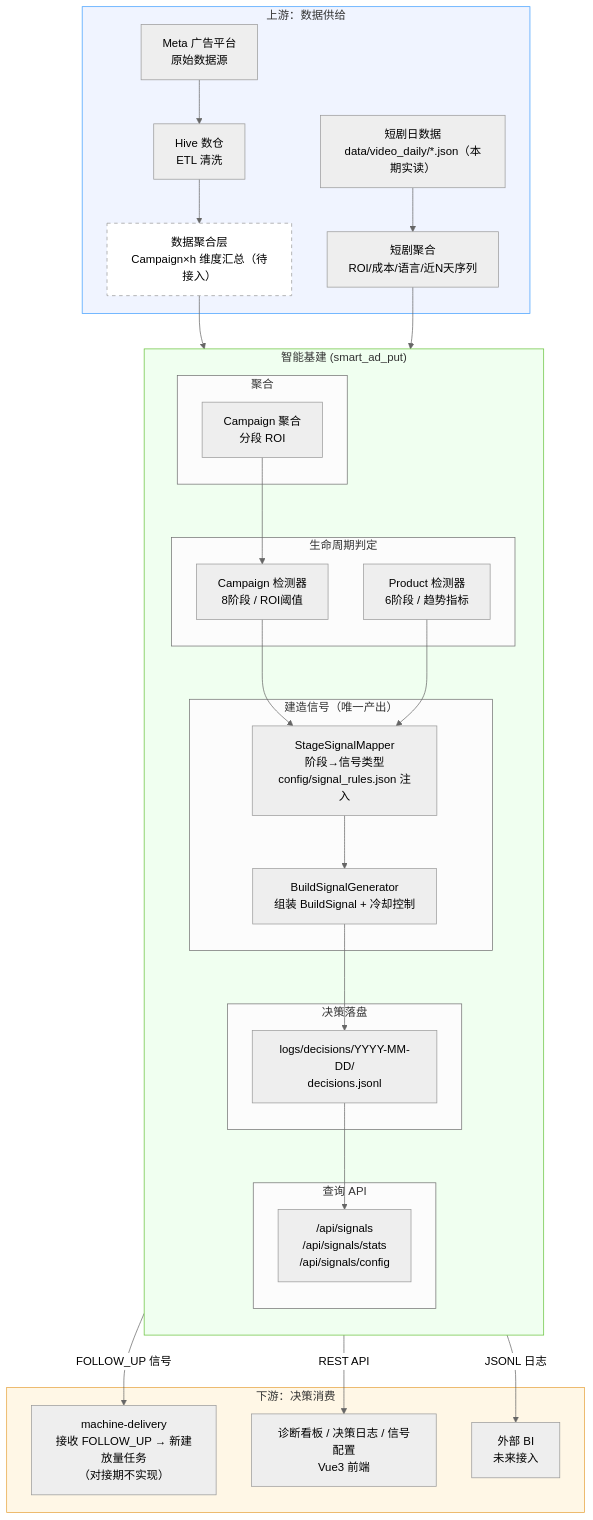
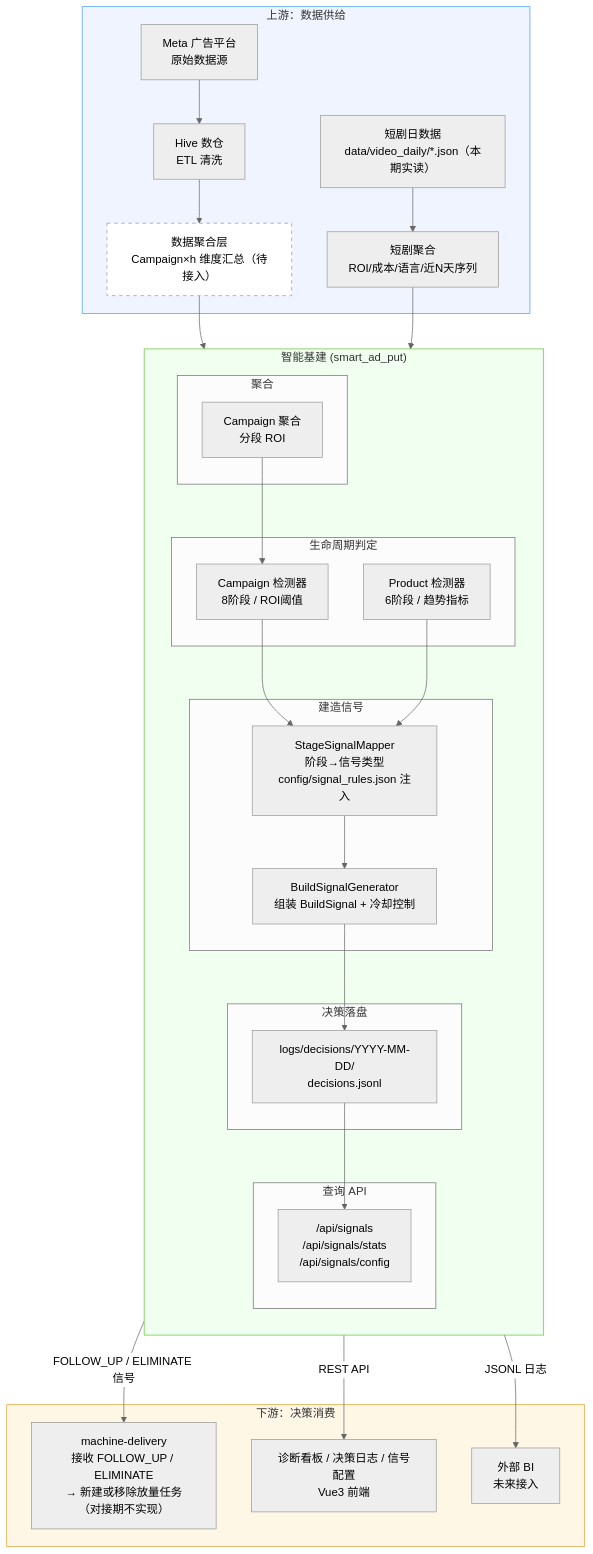
One commit to gar-su/smart_ad_put changed the first of 3 diagrams in docs/architecture.md. Above: the diagram before and after it, drawn with Mermaid (neutral theme). The commit also changed other lines of this file and 27 other files, not shown here.

````diff
--- a/docs/architecture.md
+++ b/docs/architecture.md
@@ -3,68 +3,68 @@
 ```mermaid
 graph TB
     %% ===== 上游 =====
     subgraph upstream["上游：数据供给"]
         meta["Meta 广告平台<br/>原始数据源"]
         hive["Hive 数仓<br/>ETL 清洗"]
         video_daily["短剧日数据<br/>data/video_daily/*.json（本期实读）"]
         data_agg["数据聚合层<br/>Campaign×h 维度汇总（待接入）"]
 
         meta --> hive
         hive --> data_agg
         video_daily --> prod_agg
     end
 
     %% ===== 本系统 =====
     subgraph core["智能基建 (smart_ad_put)"]
         direction TB
 
         subgraph agg["聚合"]
             prod_agg["短剧聚合<br/>ROI/成本/语言/近N天序列"]
             cam_agg["Campaign 聚合<br/>分段 ROI"]
         end
 
         subgraph detect["生命周期判定"]
             cam_detector["Campaign 检测器<br/>8阶段 / ROI阈值"]
             prod_detector["Product 检测器<br/>6阶段 / 趋势指标"]
         end
 
-        subgraph signal["建造信号（唯一产出）"]
+        subgraph signal["建造信号"]
             mapper["StageSignalMapper<br/>阶段→信号类型<br/>config/signal_rules.json 注入"]
             generator["BuildSignalGenerator<br/>组装 BuildSignal + 冷却控制"]
         end
 
         subgraph persist["决策落盘"]
             decision_log["logs/decisions/YYYY-MM-DD/<br/>decisions.jsonl"]
         end
 
         subgraph dashboard["查询 API"]
             signals_api["/api/signals<br/>/api/signals/stats<br/>/api/signals/config"]
         end
 
         data_agg --> cam_agg
         cam_agg --> cam_detector
         prod_agg --> prod_detector
         cam_detector --> mapper
         prod_detector --> mapper
         mapper --> generator
         generator --> decision_log
         decision_log --> signals_api
     end
 
     %% ===== 下游 =====
     subgraph downstream["下游：决策消费"]
-        machine_delivery["machine-delivery<br/>接收 FOLLOW_UP → 新建放量任务<br/>（对接期不实现）"]
+        machine_delivery["machine-delivery<br/>接收 FOLLOW_UP / ELIMINATE<br/>→ 新建或移除放量任务<br/>（对接期不实现）"]
         frontend["诊断看板 / 决策日志 / 信号配置<br/>Vue3 前端"]
         bi["外部 BI<br/>未来接入"]
 
-        decision_log -->|"FOLLOW_UP 信号"| machine_delivery
+        decision_log -->|"FOLLOW_UP / ELIMINATE 信号"| machine_delivery
         signals_api -->|"REST API"| frontend
         decision_log -->|"JSONL 日志"| bi
     end
 
     %% ===== 样式 =====
     style upstream fill:#f0f4ff,stroke:#409eff
     style core fill:#f0fff0,stroke:#67c23a
     style downstream fill:#fff7e6,stroke:#e6a23c
     style data_agg fill:#fff,stroke-dasharray:5 5
 ```
````
